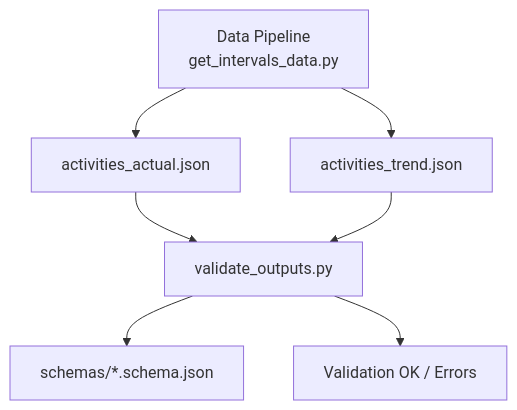
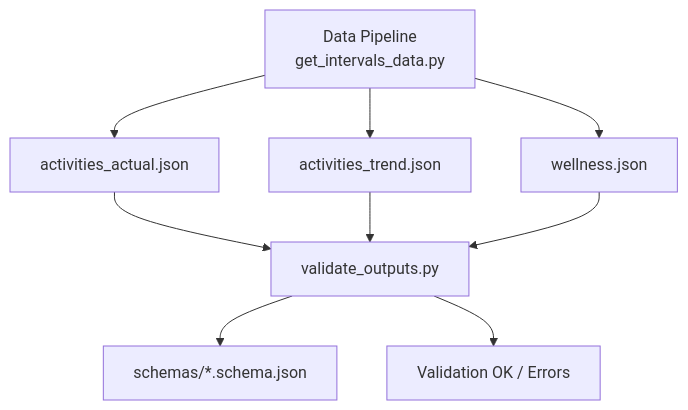
The diagram in doc/validation.md (albauer-priv/RPS), drawn with Mermaid before and after one commit. The commit also changed other lines of this file and 26 other files, not shown here.

Commit message:
Add wellness artifact pipeline and schema

````diff
--- a/doc/validation.md
+++ b/doc/validation.md
@@ -15,9 +15,11 @@
 ```mermaid
 flowchart TD
   DP[Data Pipeline\nget_intervals_data.py] --> AA[activities_actual.json]
   DP --> AT[activities_trend.json]
+  DP --> WL[wellness.json]
   AA --> VA[validate_outputs.py]
   AT --> VA
+  WL --> VA
   VA --> SC[schemas/*.schema.json]
   VA --> OK[Validation OK / Errors]
 ```
````
